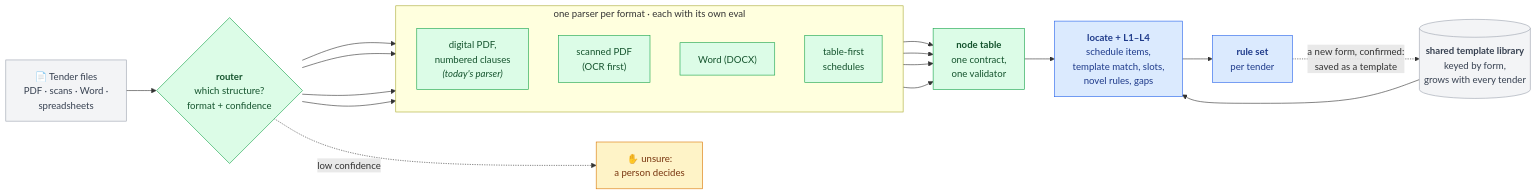
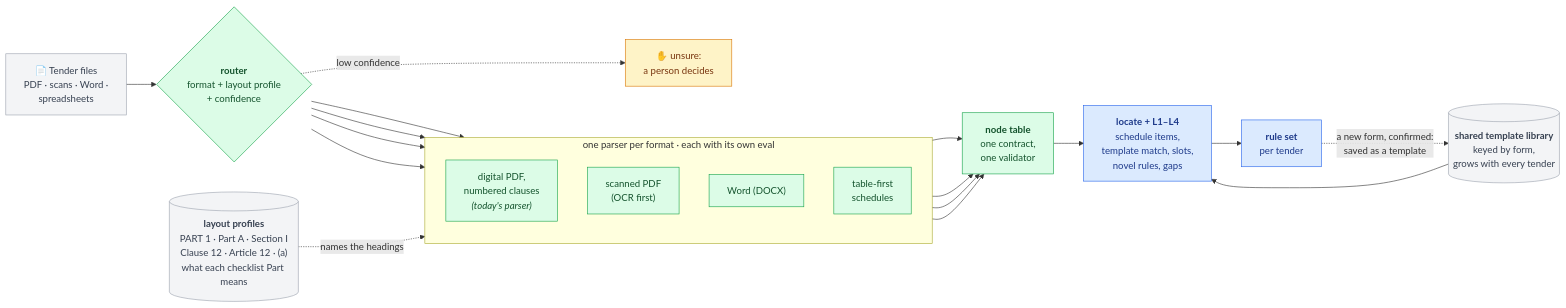
One commit to tender-eval-ai/tender-evaluation-assistant changed the third of 3 diagrams in README.md. Above: the diagram before and after it, drawn with Mermaid. The commit also changed other lines of this file and 1 other file, not shown here.

Commit message:
docs: layout profiles in decision 0003: heading names and numbering as data, a Part's label apart from its meaning [N-S5]

````diff
--- a/README.md
+++ b/README.md
@@ -592,36 +593,38 @@
 ```mermaid
 flowchart LR
     F["📄 Tender files<br/>PDF · scans · Word ·<br/>spreadsheets"]
-    R{"<b>router</b><br/>which structure?<br/>format + confidence"}
+    R{"<b>router</b><br/>format + layout profile<br/>+ confidence"}
+    LP[("<b>layout profiles</b><br/>PART 1 · Part A · Section I<br/>Clause 12 · Article 12 · (a)<br/>what each checklist Part means")]
     U["✋ unsure:<br/>a person decides"]
 
     subgraph PARSERS["one parser per format · each with its own eval"]
         direction TB
         P1["digital PDF,<br/>numbered clauses<br/><i>(today's parser)</i>"]
         P2["scanned PDF<br/>(OCR first)"]
         P3["Word (DOCX)"]
         P4["table-first<br/>schedules"]
     end
 
     N["<b>node table</b><br/>one contract,<br/>one validator"]
     L["<b>locate + L1–L4</b><br/>schedule items,<br/>template match, slots,<br/>novel rules, gaps"]
     T[("<b>shared template library</b><br/>keyed by form,<br/>grows with every tender")]
     RS["<b>rule set</b><br/>per tender"]
 
     F --> R
     R --> P1 & P2 & P3 & P4
     R -. low confidence .-> U
     P1 & P2 & P3 & P4 --> N --> L --> RS
+    LP -. names the headings .-> PARSERS
     T --> L
     RS -. "a new form, confirmed:<br/>saved as a template" .-> T
 
     classDef llm fill:#dbeafe,stroke:#2563eb,color:#1e3a8a
     classDef code fill:#dcfce7,stroke:#16a34a,color:#14532d
     classDef human fill:#fef3c7,stroke:#d97706,color:#78350f
     classDef docs fill:#f3f4f6,stroke:#9ca3af,color:#374151
     class F docs
     class R,P1,P2,P3,P4,N code
     class L,RS llm
     class U human
-    class T docs
+    class T,LP docs
 ```
````
